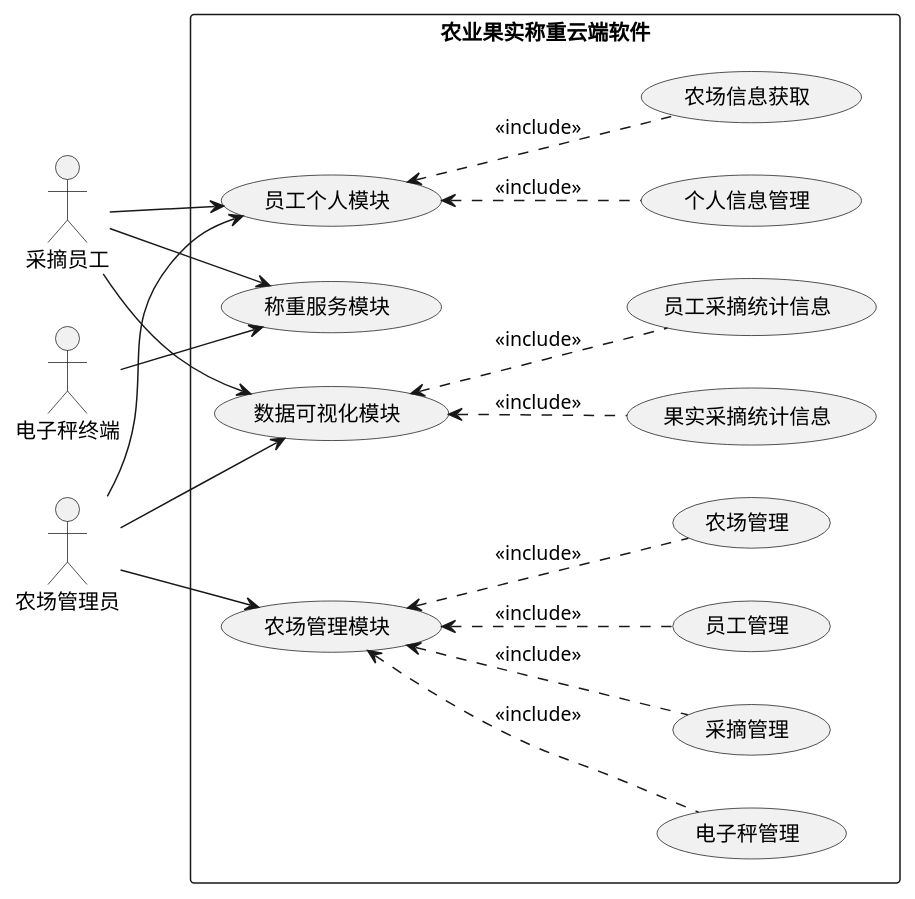
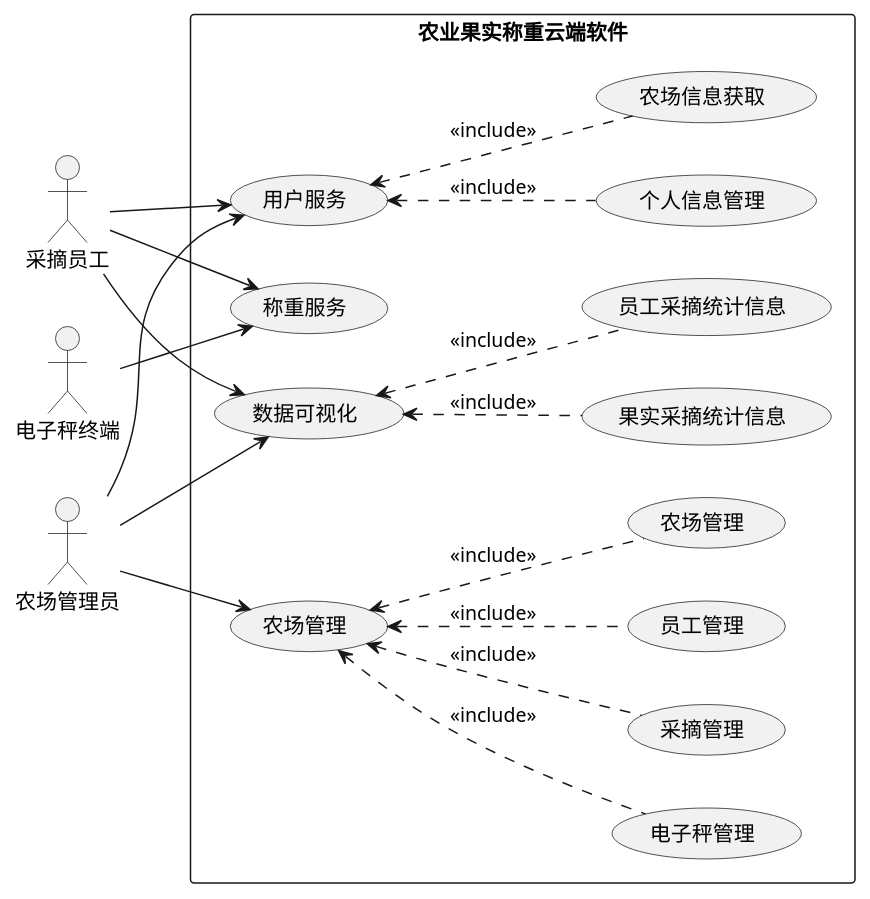
The diagram in design/核心功能用例图.puml (akynazh/aws), drawn with PlantUML before and after one commit. The commit also changed 22 other files, not shown here.

```diff
--- a/design/核心功能用例图.puml
+++ b/design/核心功能用例图.puml
@@ -1,39 +1,39 @@
 @startuml 核心功能用例图
 left to right direction
 actor "采摘员工" as staff
 actor "农场管理员" as admin
 actor "电子秤终端" as terminal
 
 rectangle 农业果实称重云端软件 {
-    (称重服务模块) as uc1
+    (称重服务) as uc1
 
-    (员工个人模块) as uc2
+    (用户服务) as uc2
     (个人信息管理) as uc2_a
     (农场信息获取) as uc2_b
     uc2_a .up.> uc2 : <<include>>
     uc2_b .up.> uc2 : <<include>>
 
-    (农场管理模块) as uc3
+    (农场管理) as uc3
     (员工管理) as uc3_a
     (农场管理) as uc3_b
     (电子秤管理) as uc3_c
     (采摘管理) as uc3_d
     uc3_a .up.> uc3 : <<include>>
     uc3_b .up.> uc3 : <<include>>
     uc3_c .up.> uc3 : <<include>>
     uc3_d .up.> uc3 : <<include>>
     
-    (数据可视化模块) as uc4
+    (数据可视化) as uc4
     (果实采摘统计信息) as uc4_a
     (员工采摘统计信息) as uc4_b
     uc4_a .up.> uc4 : <<include>>
     uc4_b .up.> uc4 : <<include>>
 }
 terminal --> uc1
 staff --> uc1
 staff --> uc2
 staff --> uc4
 admin --> uc2
 admin --> uc3
 admin --> uc4
 @enduml
```
